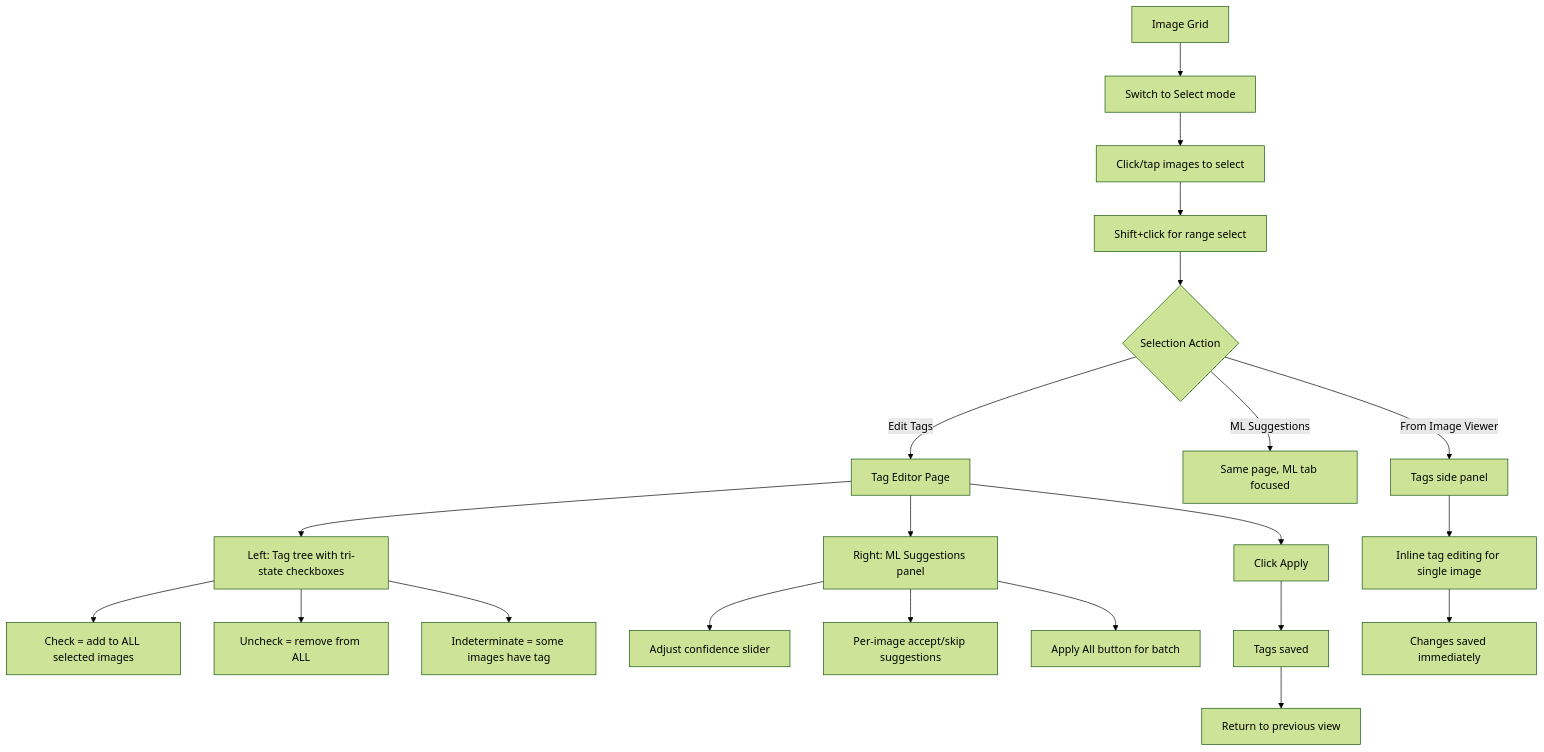
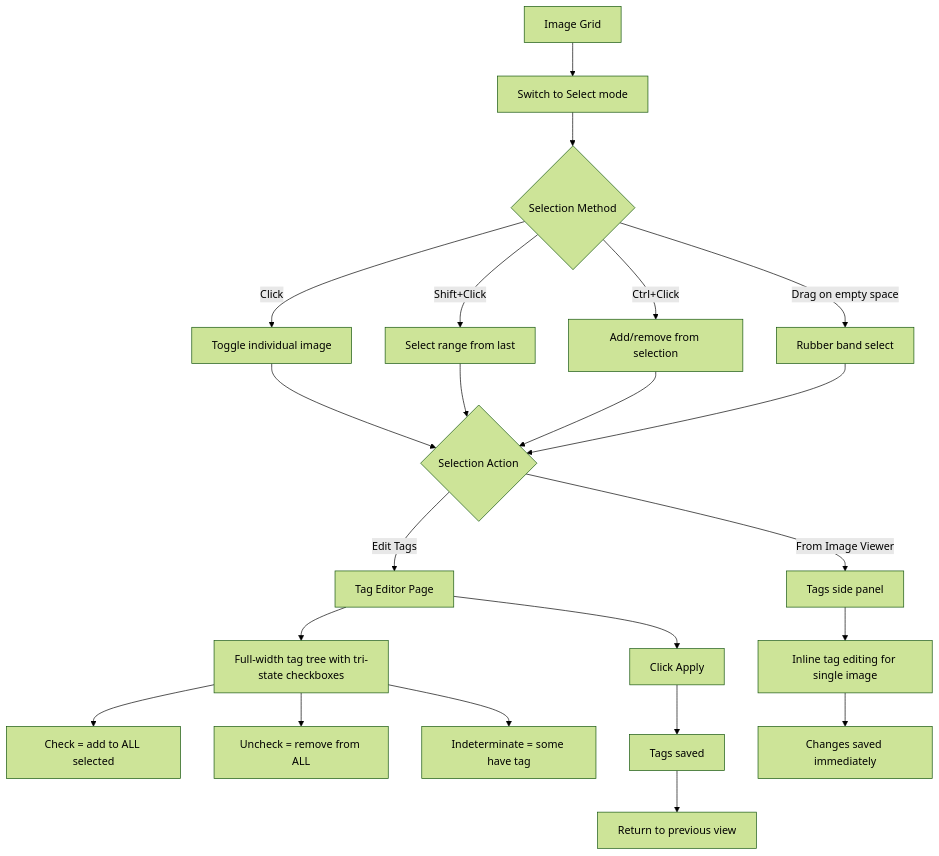
The fourth of 8 diagrams in docs/content/ux-redesign/_index.md (michael-freling/anime-image-viewer), drawn with Mermaid (forest theme) before and after one commit. The commit also changed other lines of this file and 55 other files, not shown here.

````diff
--- a/docs/content/ux-redesign/_index.md
+++ b/docs/content/ux-redesign/_index.md
@@ -141,27 +163,28 @@
 ```mermaid
 flowchart TD
     A[Image Grid] --> B[Switch to Select mode]
-    B --> C[Click/tap images to select]
-    C --> D[Shift+click for range select]
-    D --> E{Selection Action}
+    B --> C{Selection Method}
+    C -->|Click| D[Toggle individual image]
+    C -->|Shift+Click| E[Select range from last]
+    C -->|Ctrl+Click| F[Add/remove from selection]
+    C -->|Drag on empty space| G[Rubber band select]
 
-    E -->|Edit Tags| F[Tag Editor Page]
-    F --> G[Left: Tag tree with tri-state checkboxes]
-    G --> H[Check = add to ALL selected images]
-    G --> I[Uncheck = remove from ALL]
-    G --> J[Indeterminate = some images have tag]
-    F --> K[Right: ML Suggestions panel]
-    K --> L[Adjust confidence slider]
-    K --> M[Per-image accept/skip suggestions]
-    K --> N[Apply All button for batch]
+    D --> H{Selection Action}
+    E --> H
+    F --> H
+    G --> H
 
-    E -->|ML Suggestions| O[Same page, ML tab focused]
+    H -->|Edit Tags| I[Tag Editor Page]
+    I --> J[Full-width tag tree with tri-state checkboxes]
+    J --> K[Check = add to ALL selected]
+    J --> L[Uncheck = remove from ALL]
+    J --> M[Indeterminate = some have tag]
 
-    F --> P[Click Apply]
-    P --> Q[Tags saved]
-    Q --> R[Return to previous view]
+    I --> N[Click Apply]
+    N --> O[Tags saved]
+    O --> P[Return to previous view]
 
-    E -->|From Image Viewer| S[Tags side panel]
-    S --> T[Inline tag editing for single image]
-    T --> U[Changes saved immediately]
+    H -->|From Image Viewer| Q[Tags side panel]
+    Q --> R[Inline tag editing for single image]
+    R --> S[Changes saved immediately]
 ```
````
